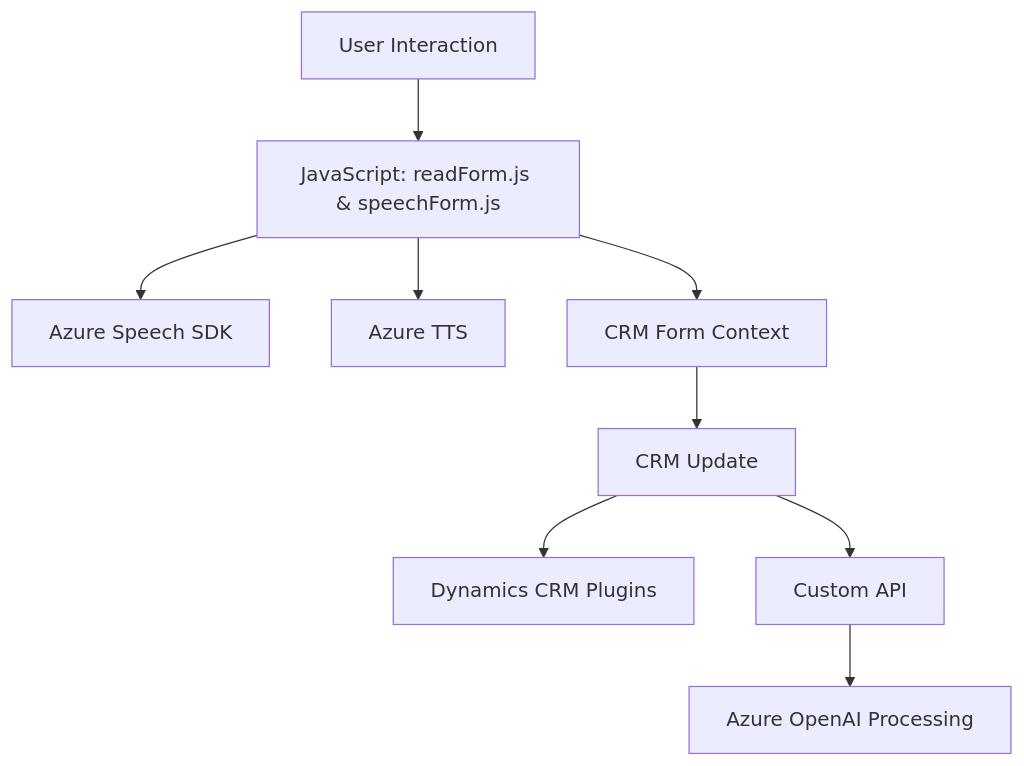
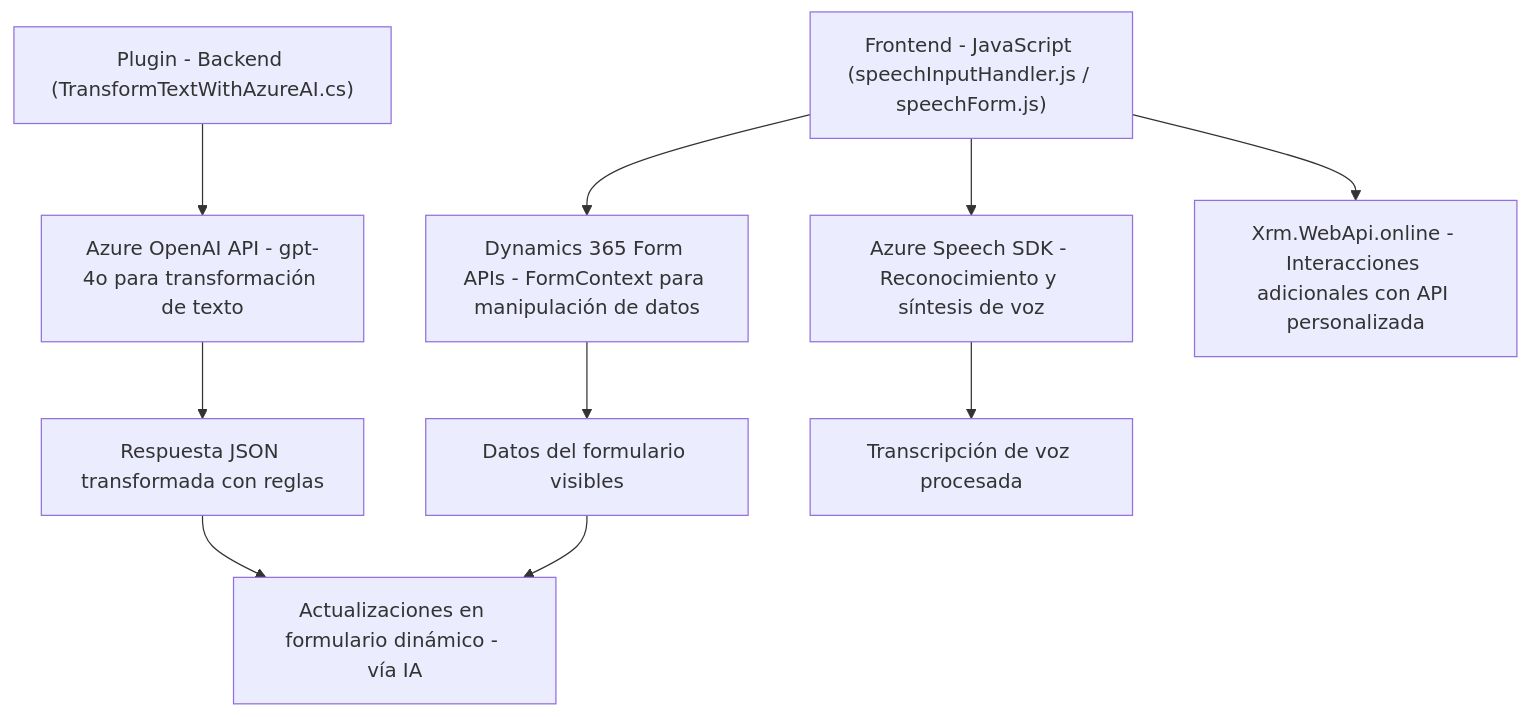
One commit to blopezdm/NETCORE_BILBAO2025 changed the diagram in README.md. Above: the diagram before and after it, drawn with Mermaid. The commit also changed other lines of this file, not shown here.

Commit message:
Actualizar análisis global de la solución con IA

````diff
--- a/README.md
+++ b/README.md
@@ -54,14 +48,12 @@
 ```mermaid
 graph TD
-
-A["User Interaction"] --> B["JavaScript: readForm.js & speechForm.js"]
-B-->C["Azure Speech SDK"]
-B-->D["Azure TTS"]
-B-->E["CRM Form Context"]
-
-E --> F["CRM Update"]
-F --> G["Dynamics CRM Plugins"]
-
-F --> H["Custom API"]
-H --> I["Azure OpenAI Processing"]
+  A["Frontend - JavaScript (speechInputHandler.js / speechForm.js)"] --> B["Azure Speech SDK - Reconocimiento y síntesis de voz"]
+  A --> C["Dynamics 365 Form APIs - FormContext para manipulación de datos"]
+  C --> D["Datos del formulario visibles"]
+  E["Plugin - Backend (TransformTextWithAzureAI.cs)"] --> F["Azure OpenAI API - gpt-4o para transformación de texto"]
+  F --> G["Respuesta JSON transformada con reglas"]
+  B --> H["Transcripción de voz procesada"]
+  A --> I["Xrm.WebApi.online - Interacciones adicionales con API personalizada"]
+  G --> J["Actualizaciones en formulario dinámico - vía IA"]
+  D --> J
 ```
````
